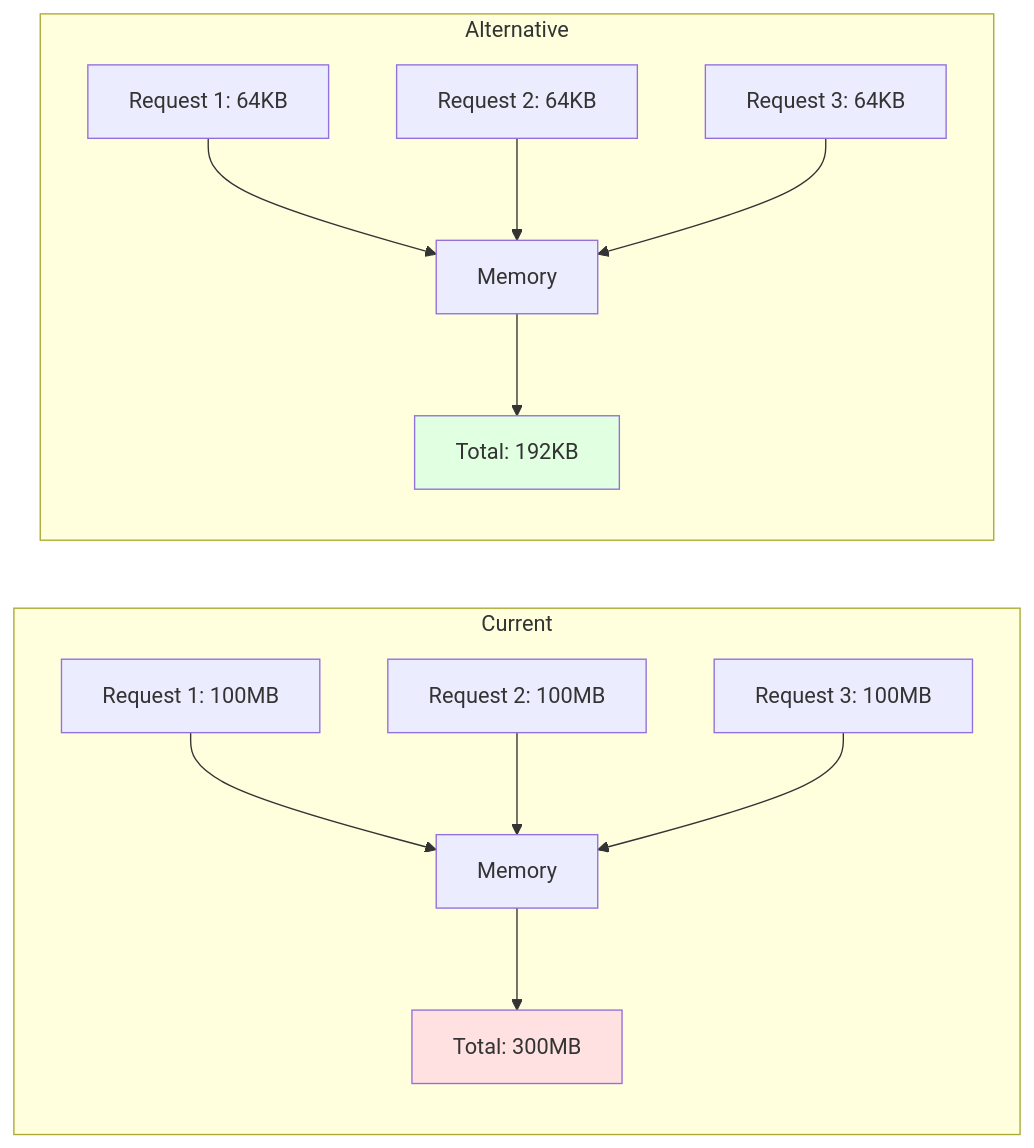
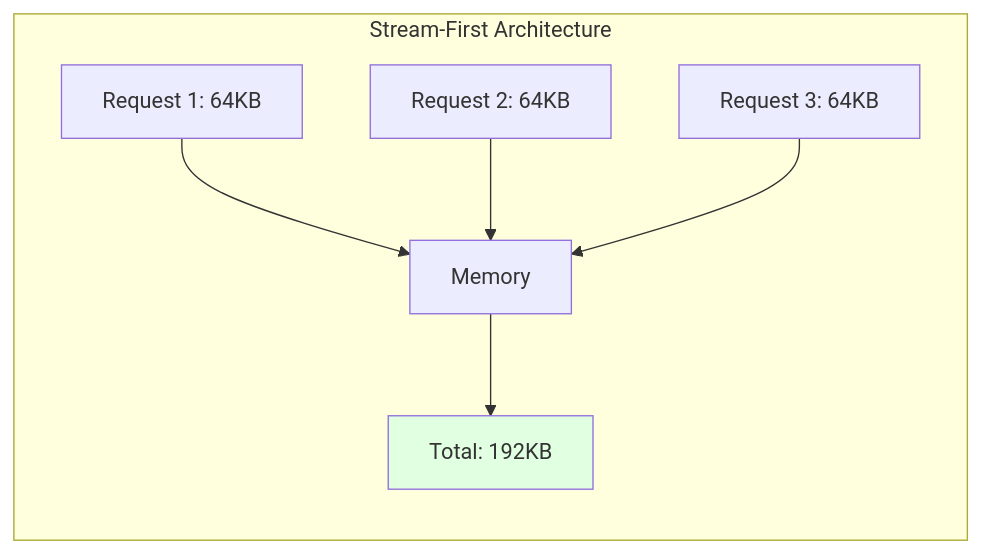
Before and after one commit to photom/magicer: diagram 16 of 52 in docs/explanation/ARCHITECTURE.md, drawn with Mermaid. The commit also changed other lines of this file and 2 other files, not shown here.

````diff
--- a/docs/explanation/ARCHITECTURE.md
+++ b/docs/explanation/ARCHITECTURE.md
@@ -1033,19 +980,11 @@
 ```mermaid
 graph LR
-    subgraph Current
-        R1[Request 1: 100MB] --> M1[Memory]
-        R2[Request 2: 100MB] --> M1
-        R3[Request 3: 100MB] --> M1
-        M1 --> Total1[Total: 300MB]
+    subgraph Stream["Stream-First Architecture"]
+        R1[Request 1: 64KB] --> M[Memory]
+        R2[Request 2: 64KB] --> M
+        R3[Request 3: 64KB] --> M
+        M --> Total[Total: 192KB]
     end
     
-    subgraph Alternative
-        R4[Request 1: 64KB] --> M2[Memory]
-        R5[Request 2: 64KB] --> M2
-        R6[Request 3: 64KB] --> M2
-        M2 --> Total2[Total: 192KB]
-    end
-    
-    style Total1 fill:#ffe1e1
-    style Total2 fill:#e1ffe1
+    style Total fill:#e1ffe1
 ```
````
